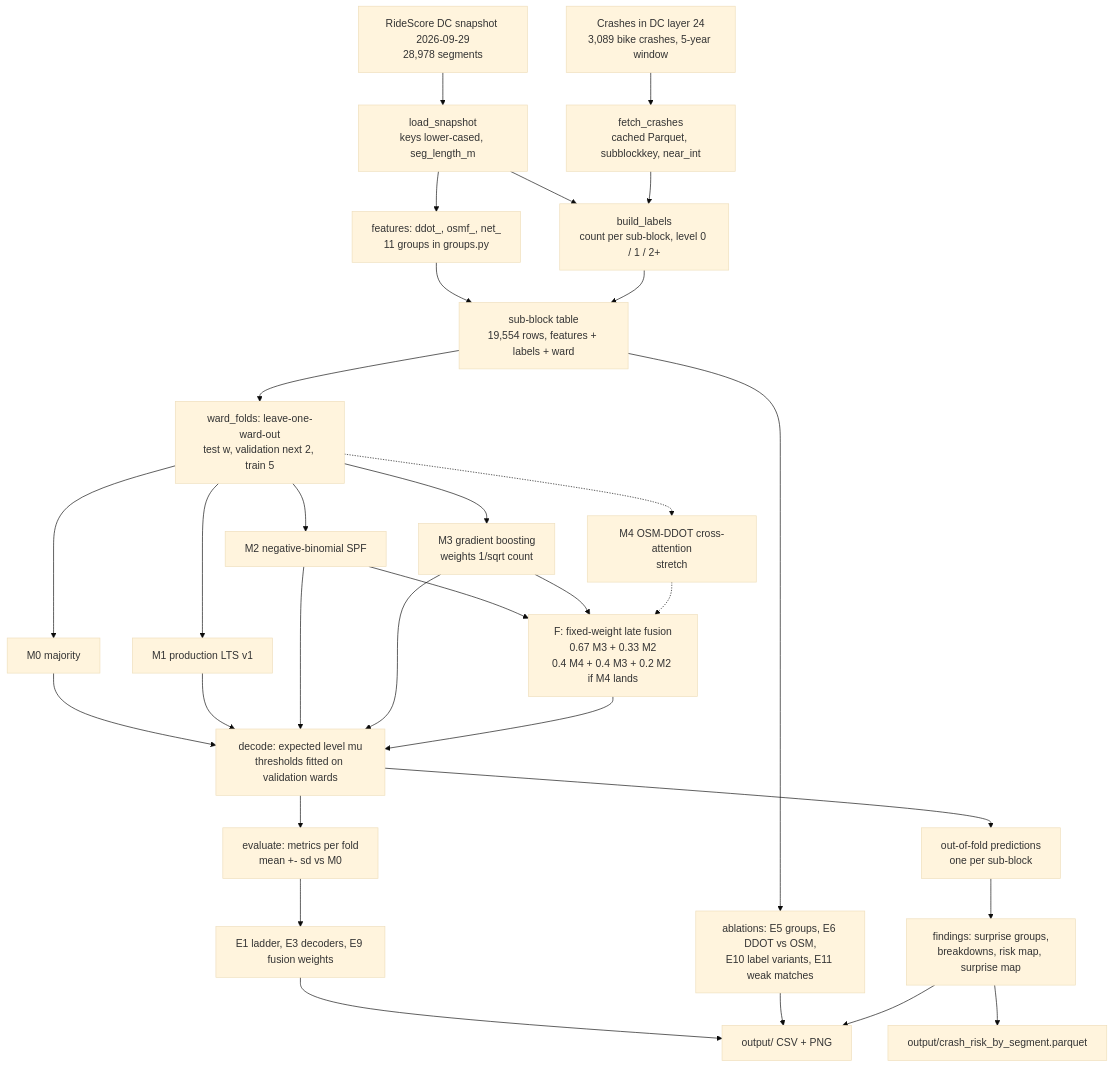
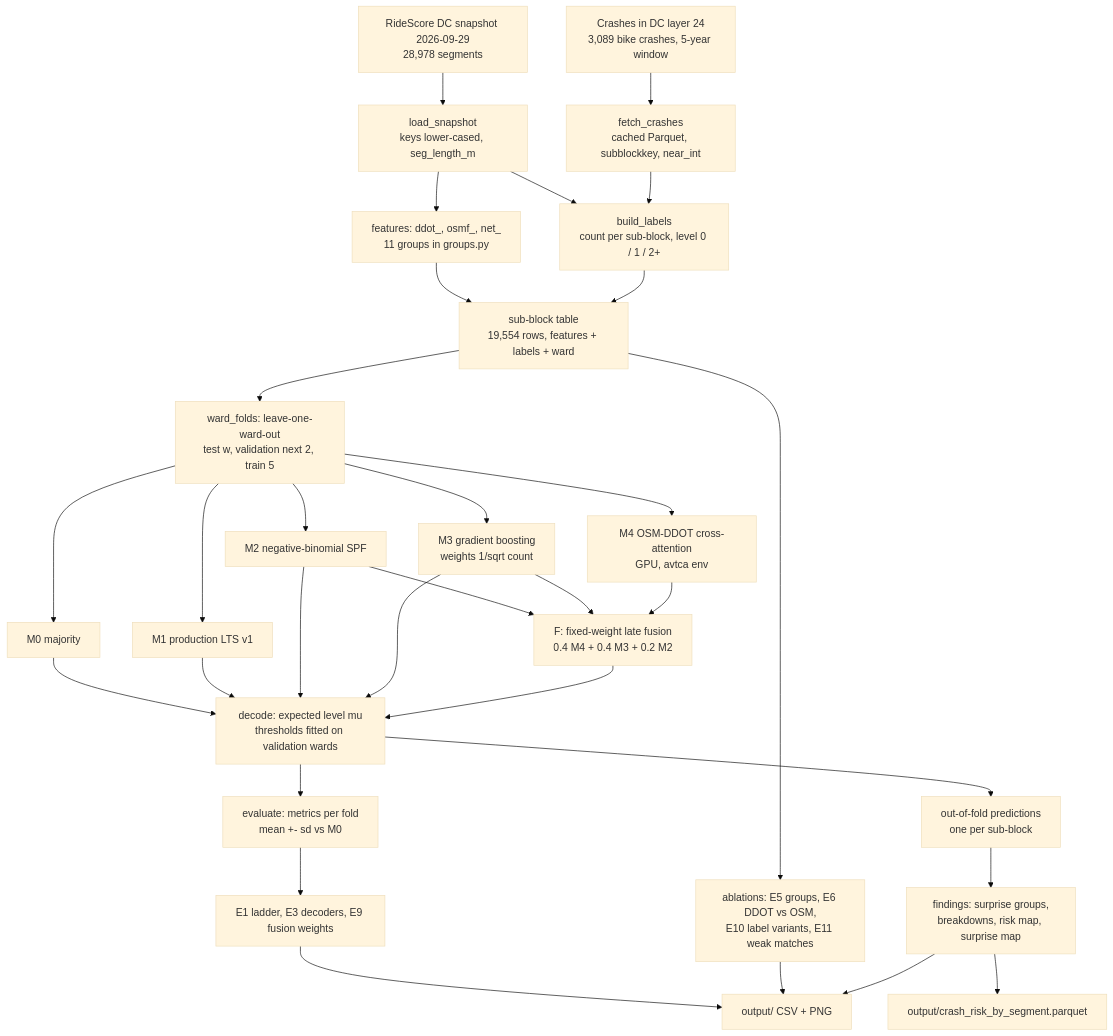
One commit to YuvrajGupta1808/CivicTech changed the diagram in docs/architecture.md. Above: the diagram before and after it, drawn with Mermaid (base theme). The commit also changed other lines of this file and 31 other files, not shown here.

````diff
--- a/docs/architecture.md
+++ b/docs/architecture.md
@@ -7,44 +7,44 @@
 ```mermaid
 flowchart TD
     SNAP["RideScore DC snapshot 2026-09-29<br/>28,978 segments"]
     CR["Crashes in DC layer 24<br/>3,089 bike crashes, 5-year window"]
 
     SNAP --> LS["load_snapshot<br/>keys lower-cased, seg_length_m"]
     CR --> FC["fetch_crashes<br/>cached Parquet, subblockkey, near_int"]
 
     LS --> FEAT["features: ddot_, osmf_, net_<br/>11 groups in groups.py"]
     LS --> LAB["build_labels<br/>count per sub-block, level 0 / 1 / 2+"]
     FC --> LAB
 
     FEAT --> TAB["sub-block table<br/>19,554 rows, features + labels + ward"]
     LAB --> TAB
 
     TAB --> FOLDS["ward_folds: leave-one-ward-out<br/>test w, validation next 2, train 5"]
 
     FOLDS --> M0["M0 majority"]
     FOLDS --> M1["M1 production LTS v1"]
     FOLDS --> M2["M2 negative-binomial SPF"]
     FOLDS --> M3["M3 gradient boosting<br/>weights 1/sqrt count"]
-    FOLDS -.-> M4["M4 OSM-DDOT cross-attention<br/>stretch"]
+    FOLDS --> M4["M4 OSM-DDOT cross-attention<br/>GPU, avtca env"]
 
-    M2 --> FUSE["F: fixed-weight late fusion<br/>0.67 M3 + 0.33 M2<br/>0.4 M4 + 0.4 M3 + 0.2 M2 if M4 lands"]
+    M2 --> FUSE["F: fixed-weight late fusion<br/>0.4 M4 + 0.4 M3 + 0.2 M2"]
     M3 --> FUSE
-    M4 -.-> FUSE
+    M4 --> FUSE
 
     M0 --> DEC["decode: expected level mu<br/>thresholds fitted on validation wards"]
     M1 --> DEC
     M2 --> DEC
     M3 --> DEC
     FUSE --> DEC
 
     DEC --> MET["evaluate: metrics per fold<br/>mean +- sd vs M0"]
     DEC --> OOF["out-of-fold predictions<br/>one per sub-block"]
 
     MET --> E1["E1 ladder, E3 decoders, E9 fusion weights"]
     TAB --> ABL["ablations: E5 groups, E6 DDOT vs OSM,<br/>E10 label variants, E11 weak matches"]
     OOF --> FIND["findings: surprise groups,<br/>breakdowns, risk map, surprise map"]
     FIND --> HAND["output/crash_risk_by_segment.parquet"]
     E1 --> OUT["output/ CSV + PNG"]
     ABL --> OUT
     FIND --> OUT
 ```
````
